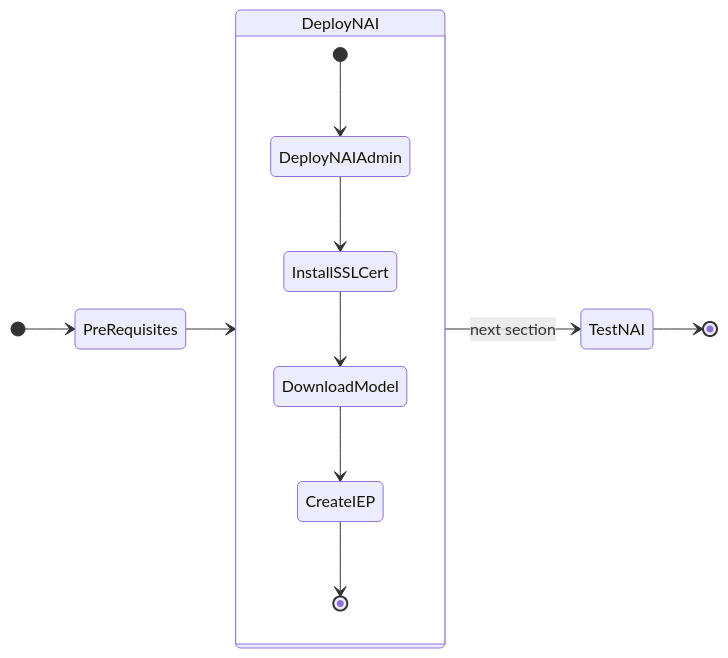
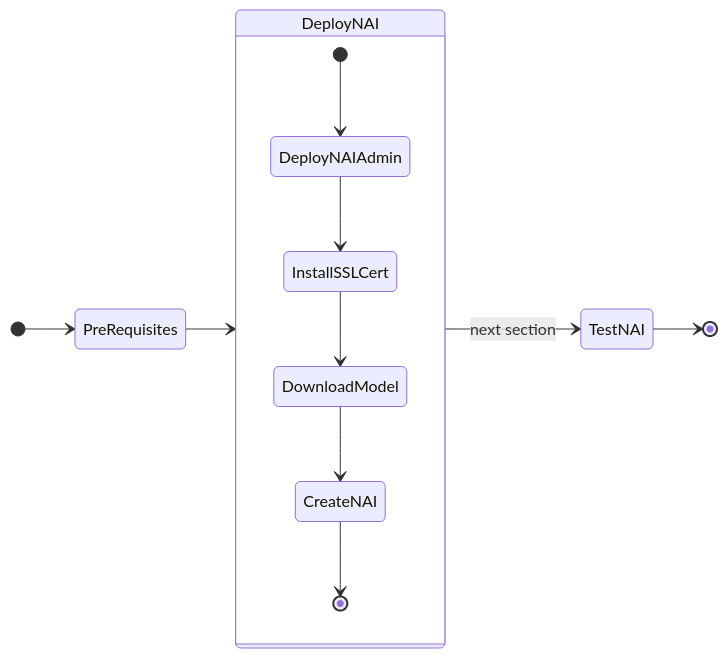
The diagram in docs/iep/iep_deploy.md (nutanix-japan/nai-llm), drawn with Mermaid before and after one commit. The commit also changed 3 other files, not shown here.

Commit message:
update: Change IEP to NAI, Roadmap

````diff
--- a/docs/iep/iep_deploy.md
+++ b/docs/iep/iep_deploy.md
@@ -3,17 +3,17 @@
 ```mermaid
 stateDiagram-v2
     direction LR
     
     state DeployNAI {
         [*] --> DeployNAIAdmin
         DeployNAIAdmin -->  InstallSSLCert
         InstallSSLCert --> DownloadModel
-        DownloadModel --> CreateIEP
-        CreateIEP --> [*]
+        DownloadModel --> CreateNAI
+        CreateNAI --> [*]
     }
 
     [*] --> PreRequisites
     PreRequisites --> DeployNAI 
     DeployNAI --> TestNAI : next section
     TestNAI --> [*]
 ```
````
